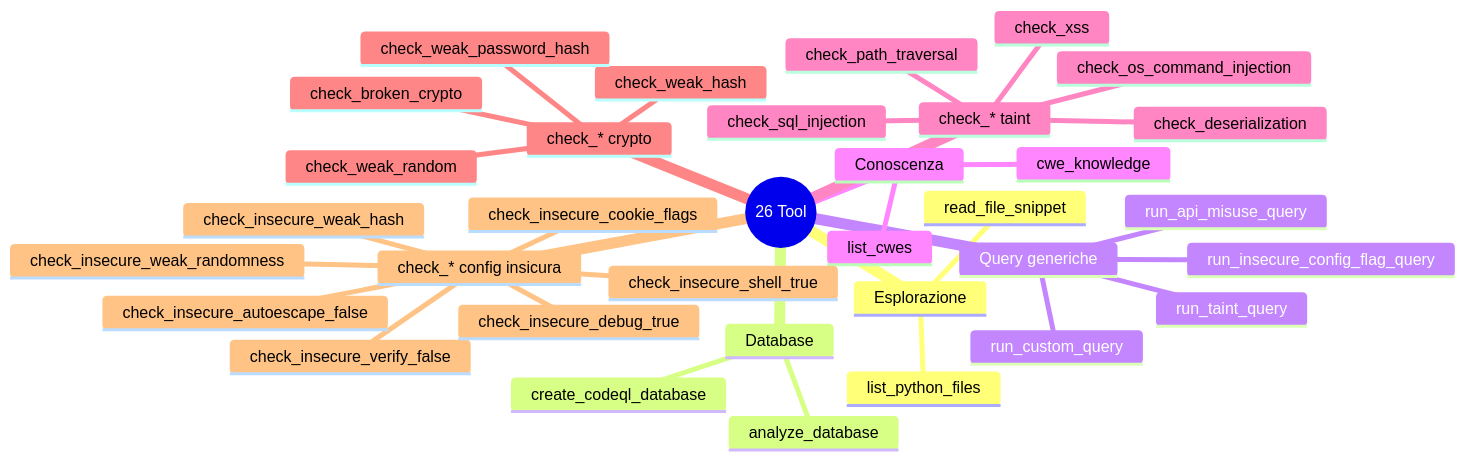
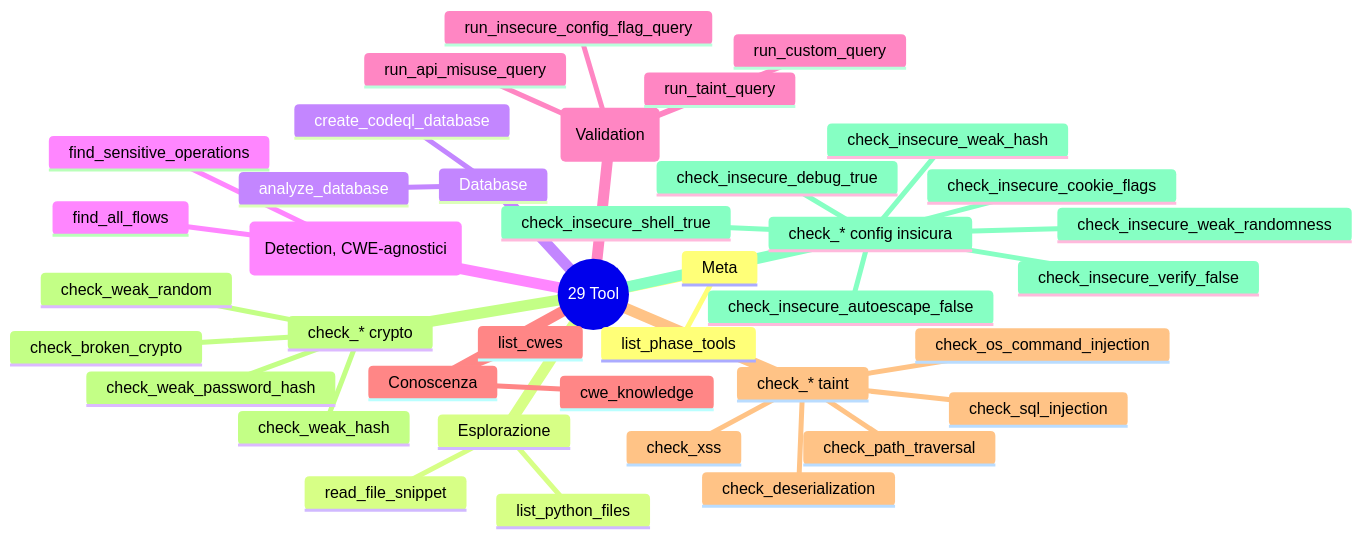
Before and after one commit to iris-cmd22/Sibyl: the seventh of 29 diagrams in documentazione/Server_MCP_Architettura.md, drawn with Mermaid. The commit also changed other lines of this file and 35 other files, not shown here.

Commit message:
Sistemata view grafica, aggiunto query di detection anche se probabilmente devono essere sistemate con i concept (già fatto però devo testare)

````diff
--- a/documentazione/Server_MCP_Architettura.md
+++ b/documentazione/Server_MCP_Architettura.md
@@ -306,37 +323,42 @@
 ```mermaid
 mindmap
-  root((26 Tool))
+  root((29 Tool))
+    Meta
+      list_phase_tools
     Esplorazione
       list_python_files
       read_file_snippet
     Database
       create_codeql_database
       analyze_database
-    Query generiche
+    Inventari (Detection, CWE-agnostici)
+      find_all_flows
+      find_sensitive_operations
+    Query generiche (Validation)
       run_custom_query
       run_taint_query
       run_api_misuse_query
       run_insecure_config_flag_query
     Conoscenza
       list_cwes
       cwe_knowledge
     check_* taint
       check_sql_injection
       check_os_command_injection
       check_path_traversal
       check_deserialization
       check_xss
     check_* crypto
       check_weak_hash
       check_broken_crypto
       check_weak_random
       check_weak_password_hash
     check_* config insicura
       check_insecure_verify_false
       check_insecure_shell_true
       check_insecure_autoescape_false
       check_insecure_debug_true
       check_insecure_weak_hash
       check_insecure_weak_randomness
       check_insecure_cookie_flags
 ```
````
